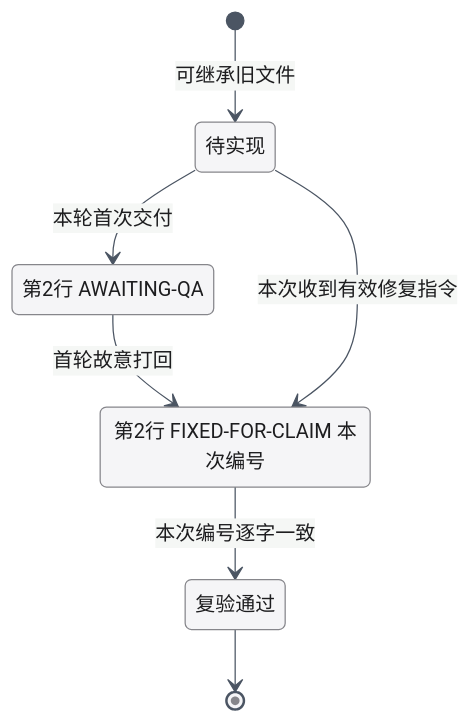
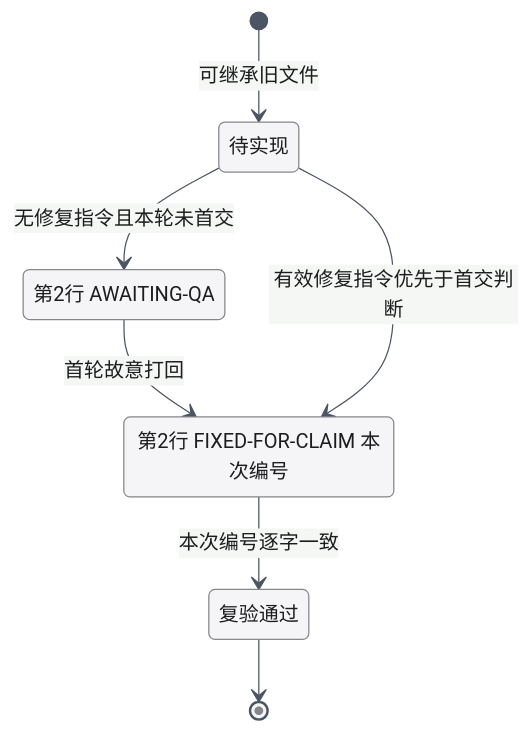
One commit to xrliAnnie/flywheel-qa-sandbox changed the diagram in engineering/doc/FLY-3225-real-runner-drill/design-d2.mmd. Above: the diagram before and after it, drawn with Mermaid. The commit also changed 4 other files, not shown here.

```diff
--- a/engineering/doc/FLY-3225-real-runner-drill/design-d2.mmd
+++ b/engineering/doc/FLY-3225-real-runner-drill/design-d2.mmd
@@ -1,11 +1,11 @@
 %%{init: {"theme":"base","themeVariables":{"fontFamily":"PingFang SC, sans-serif","primaryColor":"#f5f5f7","primaryTextColor":"#1d1d1f","primaryBorderColor":"#86868b","lineColor":"#4b5563"}}}%%
 stateDiagram-v2
     direction TB
     [*] --> 待实现: 可继承旧文件
-    待实现 --> 首交: 本轮首次交付
+    待实现 --> 首交: 无修复指令且本轮未首交
     首交: 第2行 AWAITING-QA
     首交 --> 修复: 首轮故意打回
-    待实现 --> 修复: 本次收到有效修复指令
+    待实现 --> 修复: 有效修复指令优先于首交判断
     修复: 第2行 FIXED-FOR-CLAIM 本次编号
     修复 --> 复验通过: 本次编号逐字一致
     复验通过 --> [*]
```
